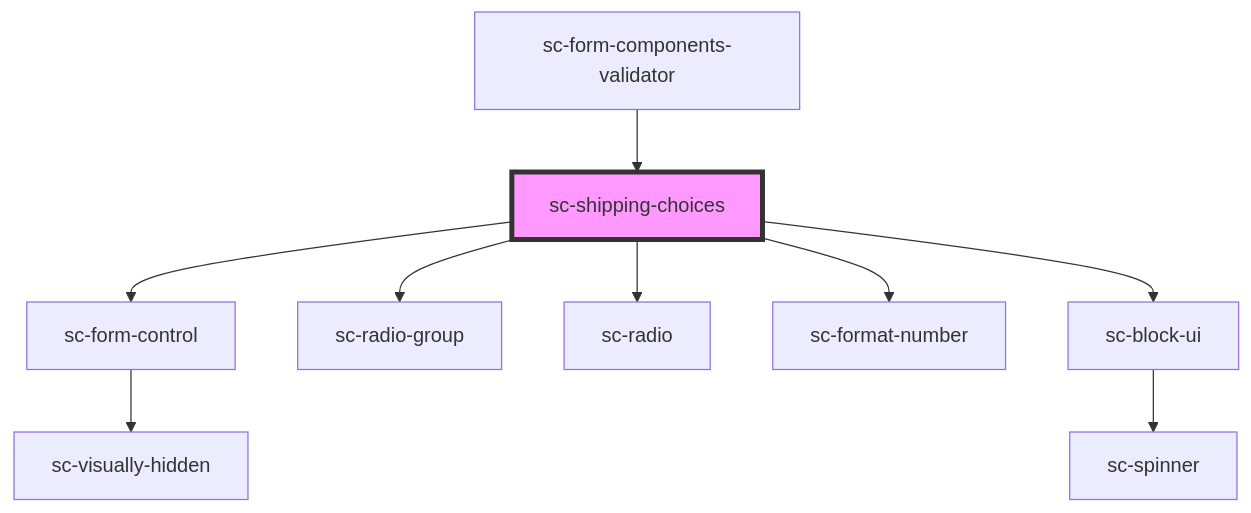
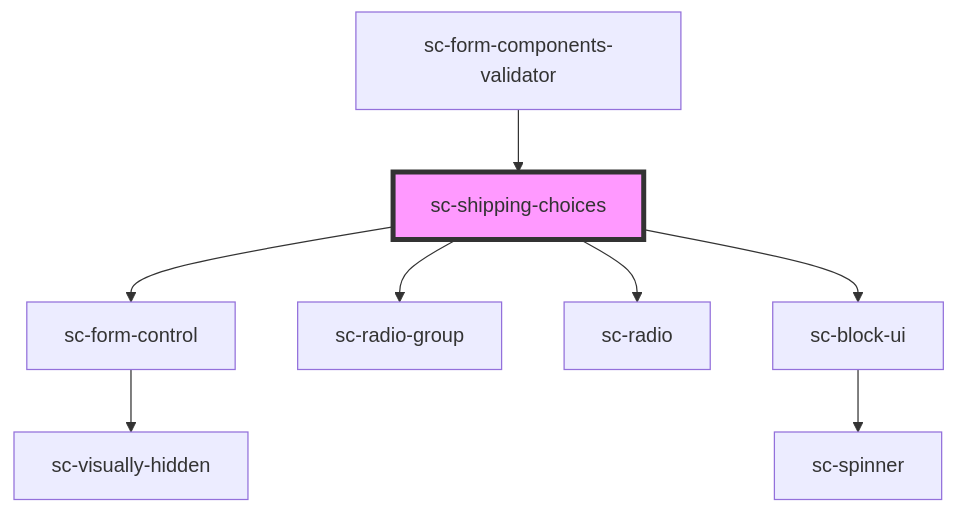
One commit to surecart/surecart-wp-plugin changed the diagram in packages/components/src/components/ui/sc-shipping-choices/readme.md. Above: the diagram before and after it, drawn with Mermaid. The commit also changed other lines of this file and 5 other files, not shown here.

````diff
--- a/packages/components/src/components/ui/sc-shipping-choices/readme.md
+++ b/packages/components/src/components/ui/sc-shipping-choices/readme.md
@@ -44,12 +43,11 @@
 ```mermaid
 graph TD;
   sc-shipping-choices --> sc-form-control
   sc-shipping-choices --> sc-radio-group
   sc-shipping-choices --> sc-radio
-  sc-shipping-choices --> sc-format-number
   sc-shipping-choices --> sc-block-ui
   sc-form-control --> sc-visually-hidden
   sc-block-ui --> sc-spinner
   sc-form-components-validator --> sc-shipping-choices
   style sc-shipping-choices fill:#f9f,stroke:#333,stroke-width:4px
 ```
````
